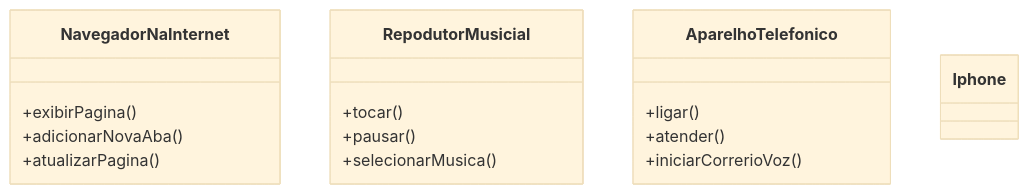
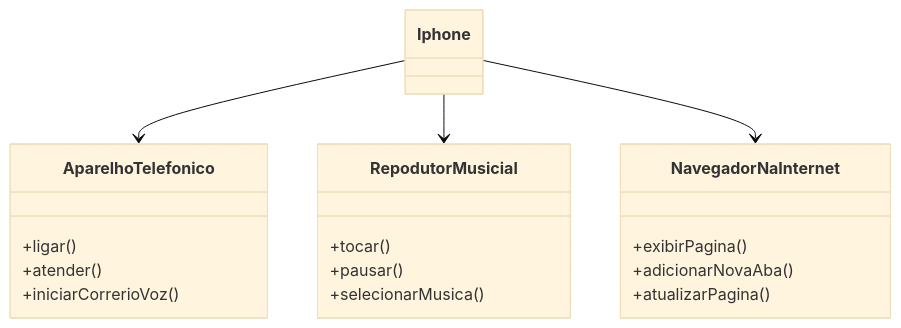
One commit to ulisalves/POO-Desafio changed the diagram in README.md. Above: the diagram before and after it, drawn with Mermaid (base theme).

````diff
--- a/README.md
+++ b/README.md
@@ -3,25 +3,28 @@
 ```mermaid
 classDiagram
     class NavegadorNaInternet {
         +exibirPagina()
         +adicionarNovaAba()
         +atualizarPagina()
     }
 
     class RepodutorMusicial {
         +tocar()
         +pausar()
         +selecionarMusica()
     }
 
     class AparelhoTelefonico {
         +ligar()
         +atender()
 	+iniciarCorrerioVoz()
     }
 
     class Iphone {
-        
+       
     }
-    
+
+    Iphone --> AparelhoTelefonico
+    Iphone --> RepodutorMusicial
+    Iphone --> NavegadorNaInternet
  ```
````
